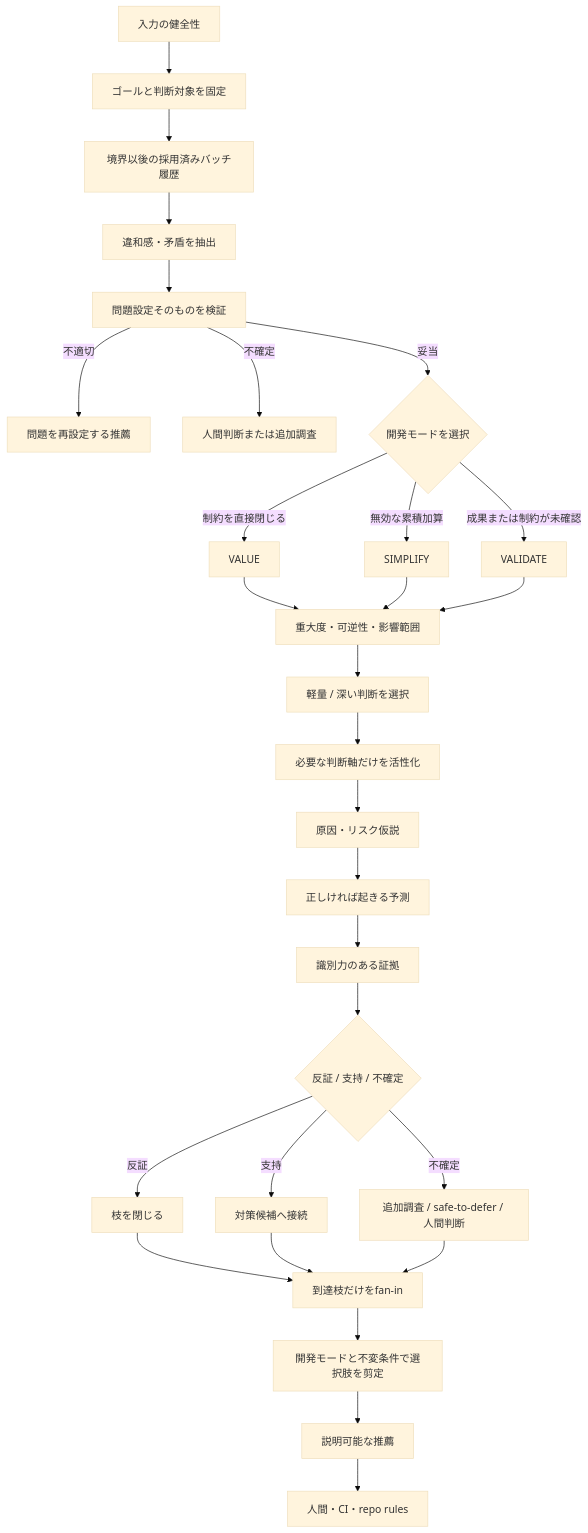
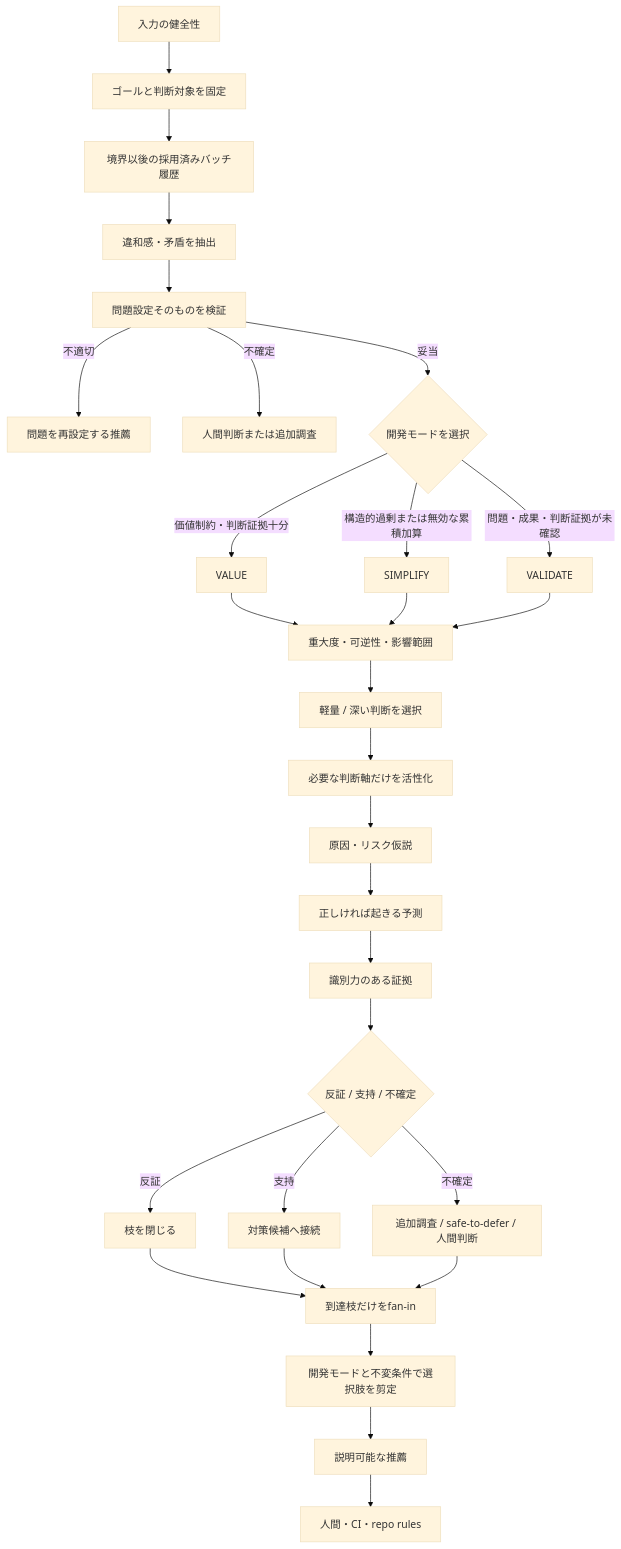
The diagram in docs/architecture/vibepro-senior-engineering-judgment-dag.md (Unson-LLC/vibepro), drawn with Mermaid (base theme) before and after one commit. The commit also changed other lines of this file and 7 other files, not shown here.

````diff
--- a/docs/architecture/vibepro-senior-engineering-judgment-dag.md
+++ b/docs/architecture/vibepro-senior-engineering-judgment-dag.md
@@ -24,31 +24,31 @@
 ```mermaid
 flowchart TD
   Input["入力の健全性"] --> Goal["ゴールと判断対象を固定"]
   Goal --> History["境界以後の採用済みバッチ履歴"]
   History --> Discomfort["違和感・矛盾を抽出"]
   Discomfort --> Frame["問題設定そのものを検証"]
   Frame -->|不適切| Reframe["問題を再設定する推薦"]
   Frame -->|不確定| Human["人間判断または追加調査"]
   Frame -->|妥当| Mode{"開発モードを選択"}
-  Mode -->|制約を直接閉じる| Value["VALUE"]
-  Mode -->|無効な累積加算| Simplify["SIMPLIFY"]
-  Mode -->|成果または制約が未確認| Validate["VALIDATE"]
+  Mode -->|価値制約・判断証拠十分| Value["VALUE"]
+  Mode -->|構造的過剰または無効な累積加算| Simplify["SIMPLIFY"]
+  Mode -->|問題・成果・判断証拠が未確認| Validate["VALIDATE"]
   Value --> Profile["重大度・可逆性・影響範囲"]
   Simplify --> Profile
   Validate --> Profile
   Profile --> Depth["軽量 / 深い判断を選択"]
   Depth --> Axes["必要な判断軸だけを活性化"]
   Axes --> Hypothesis["原因・リスク仮説"]
   Hypothesis --> Prediction["正しければ起きる予測"]
   Prediction --> Evidence["識別力のある証拠"]
   Evidence --> Verdict{"反証 / 支持 / 不確定"}
   Verdict -->|反証| Close["枝を閉じる"]
   Verdict -->|支持| Options["対策候補へ接続"]
   Verdict -->|不確定| Unknown["追加調査 / safe-to-defer / 人間判断"]
   Close --> FanIn["到達枝だけをfan-in"]
   Options --> FanIn
   Unknown --> FanIn
   FanIn --> Constraints["開発モードと不変条件で選択肢を剪定"]
   Constraints --> Recommendation["説明可能な推薦"]
   Recommendation --> Authority["人間・CI・repo rules"]
 ```
````
